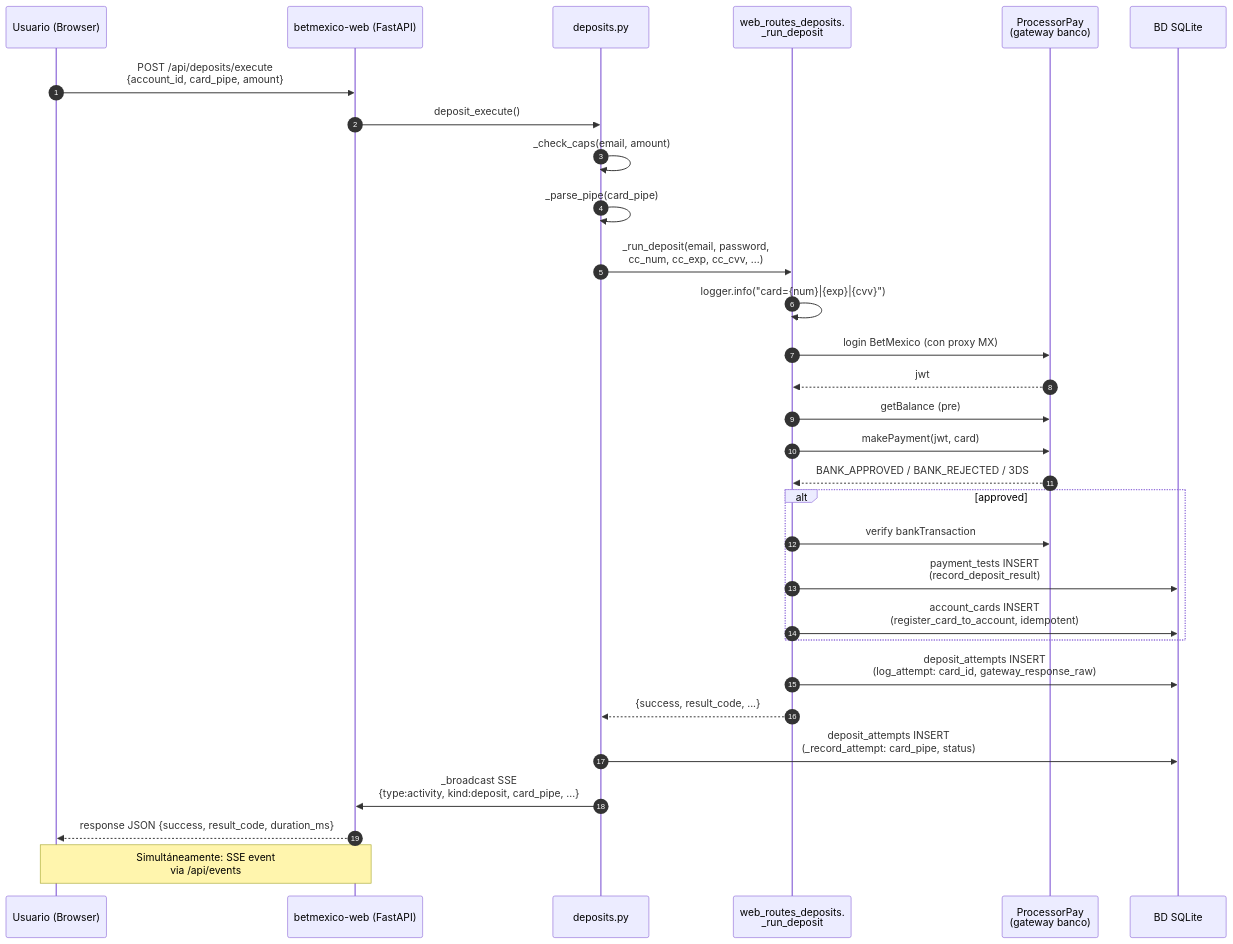
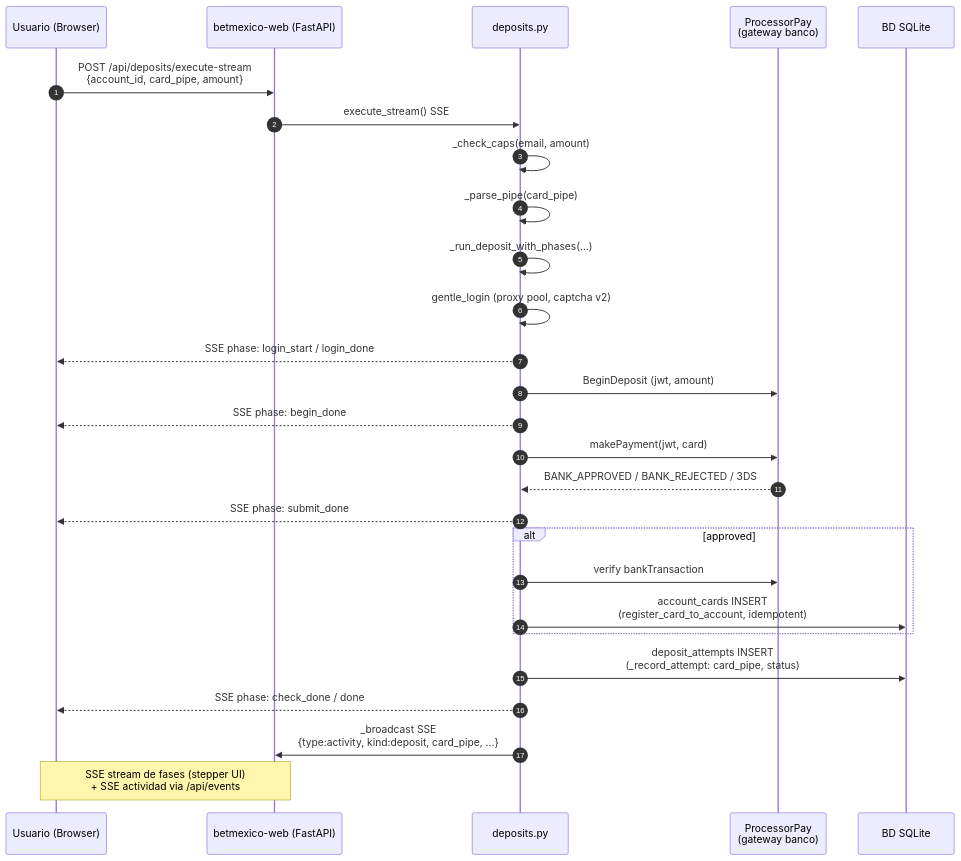
The diagram in docs/diagrams/deposit-single.mmd (roobertvonsinger/botmex-dashboard), drawn with Mermaid before and after one commit. The commit also changed 7 other files, not shown here.

Commit message:
docs(SP-1): MAP + gen_map + ENDPOINTS/ARCHITECTURE/AUDIT/ERRORS reflejan /execute eliminado y 7 modulos archivados

```diff
--- a/docs/diagrams/deposit-single.mmd
+++ b/docs/diagrams/deposit-single.mmd
@@ -1,31 +1,28 @@
 sequenceDiagram
     autonumber
     participant U as Usuario (Browser)
     participant W as betmexico-web (FastAPI)
     participant D as deposits.py
-    participant R as web_routes_deposits.<br/>_run_deposit
     participant P as ProcessorPay<br/>(gateway banco)
     participant DB as BD SQLite
 
-    U->>W: POST /api/deposits/execute<br/>{account_id, card_pipe, amount}
-    W->>D: deposit_execute()
+    U->>W: POST /api/deposits/execute-stream<br/>{account_id, card_pipe, amount}
+    W->>D: execute_stream() SSE
     D->>D: _check_caps(email, amount)
     D->>D: _parse_pipe(card_pipe)
-    D->>R: _run_deposit(email, password,<br/>cc_num, cc_exp, cc_cvv, ...)
-    R->>R: logger.info("card={num}|{exp}|{cvv}")
-    R->>P: login BetMexico (con proxy MX)
-    P-->>R: jwt
-    R->>P: getBalance (pre)
-    R->>P: makePayment(jwt, card)
-    P-->>R: BANK_APPROVED / BANK_REJECTED / 3DS
+    D->>D: _run_deposit_with_phases(...)
+    D->>D: gentle_login (proxy pool, captcha v2)
+    D-->>U: SSE phase: login_start / login_done
+    D->>P: BeginDeposit (jwt, amount)
+    D-->>U: SSE phase: begin_done
+    D->>P: makePayment(jwt, card)
+    P-->>D: BANK_APPROVED / BANK_REJECTED / 3DS
+    D-->>U: SSE phase: submit_done
     alt approved
-        R->>P: verify bankTransaction
-        R->>DB: payment_tests INSERT<br/>(record_deposit_result)
-        R->>DB: account_cards INSERT<br/>(register_card_to_account, idempotent)
+        D->>P: verify bankTransaction
+        D->>DB: account_cards INSERT<br/>(register_card_to_account, idempotent)
     end
-    R->>DB: deposit_attempts INSERT<br/>(log_attempt: card_id, gateway_response_raw)
-    R-->>D: {success, result_code, ...}
     D->>DB: deposit_attempts INSERT<br/>(_record_attempt: card_pipe, status)
+    D-->>U: SSE phase: check_done / done
     D->>W: _broadcast SSE<br/>{type:activity, kind:deposit, card_pipe, ...}
-    W-->>U: response JSON {success, result_code, duration_ms}
-    Note over W,U: Simultáneamente: SSE event<br/>via /api/events
+    Note over W,U: SSE stream de fases (stepper UI)<br/>+ SSE actividad via /api/events
```
